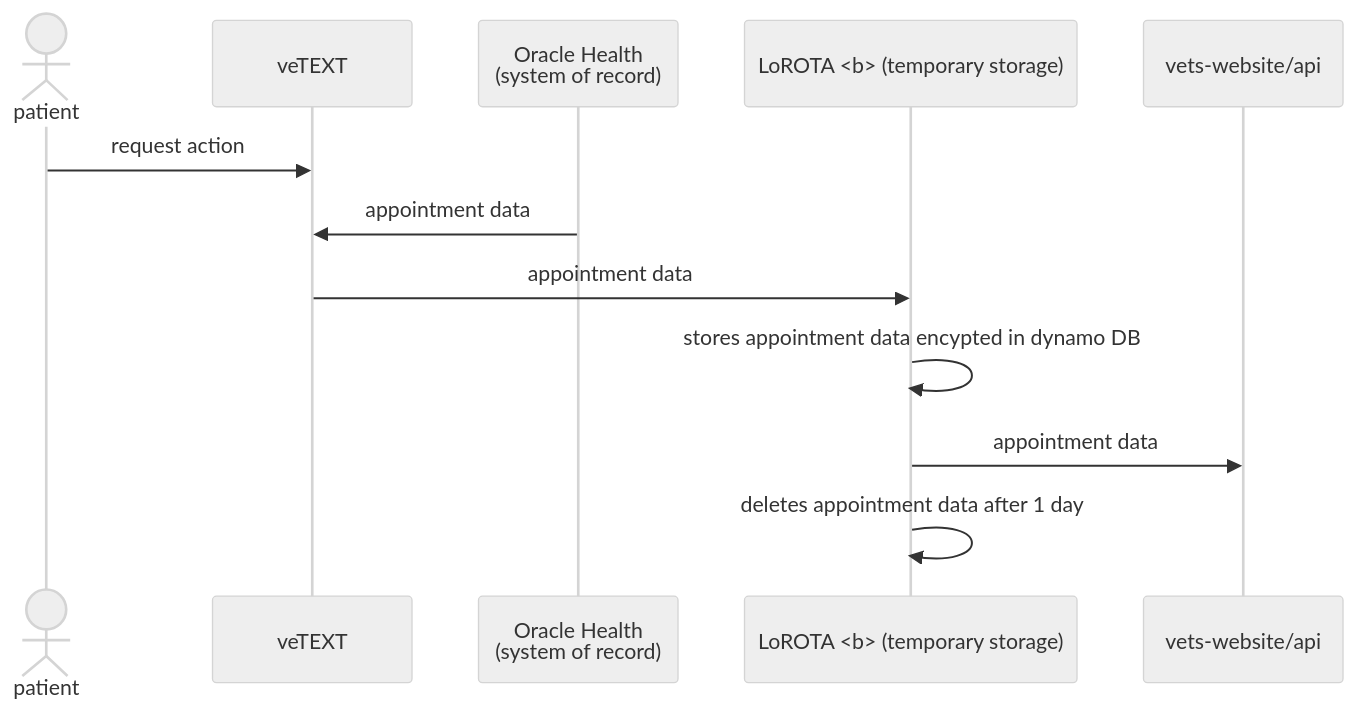
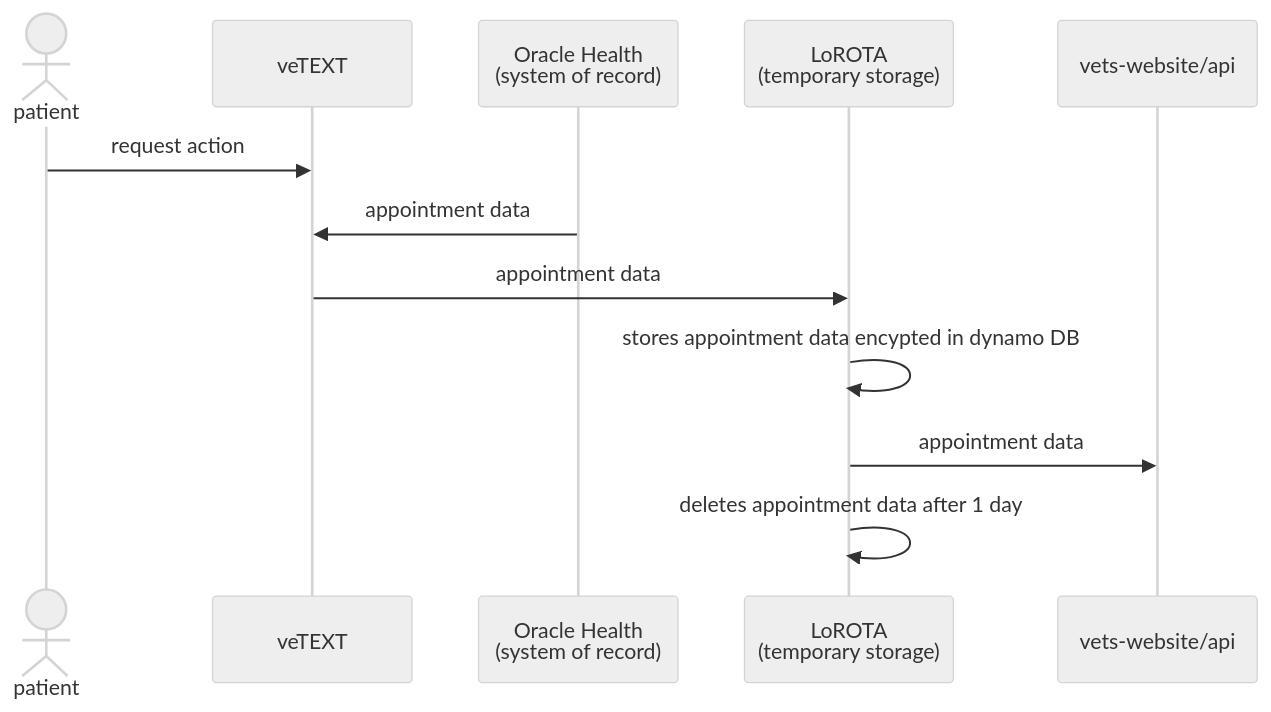
The diagram in products/health-care/checkin/engineering/architecture-diagrams/OH-travel-data-flow-diagram.md (department-of-veterans-affairs/va.gov-team), drawn with Mermaid before and after one commit.

````diff
--- a/products/health-care/checkin/engineering/architecture-diagrams/OH-travel-data-flow-diagram.md
+++ b/products/health-care/checkin/engineering/architecture-diagrams/OH-travel-data-flow-diagram.md
@@ -3,18 +3,18 @@
 ```mermaid
 ---
 config:
   theme: neutral
 ---
 sequenceDiagram
   actor patient as patient
   participant vetext as veTEXT
   participant oh as Oracle Health <br> (system of record)
-  participant lorota as LoROTA <b> (temporary storage)
+  participant lorota as LoROTA <br> (temporary storage)
   participant vetswebsite as vets-website/api
   patient->>vetext: request action
   oh->>vetext: appointment data
   vetext->>lorota: appointment data
   lorota->>lorota: stores appointment data encypted in dynamo DB
   lorota->>vetswebsite: appointment data
   lorota->>lorota: deletes appointment data after 1 day
 ```
````
